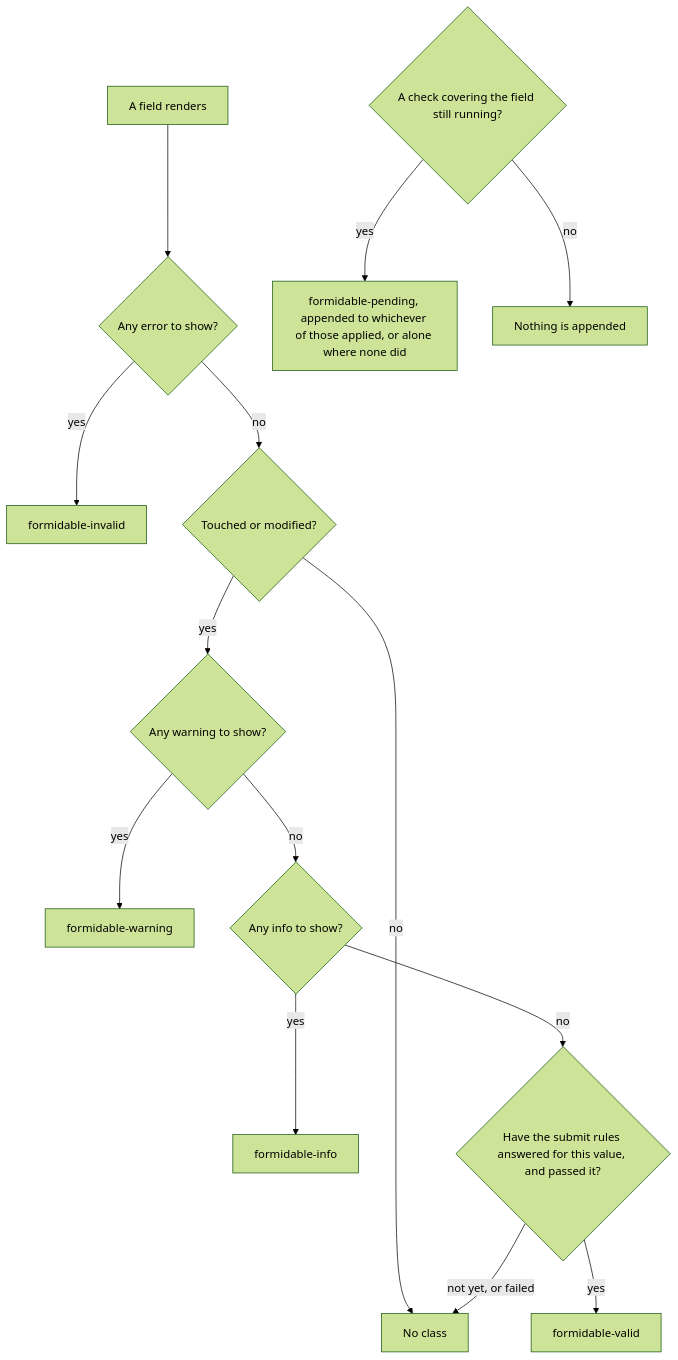
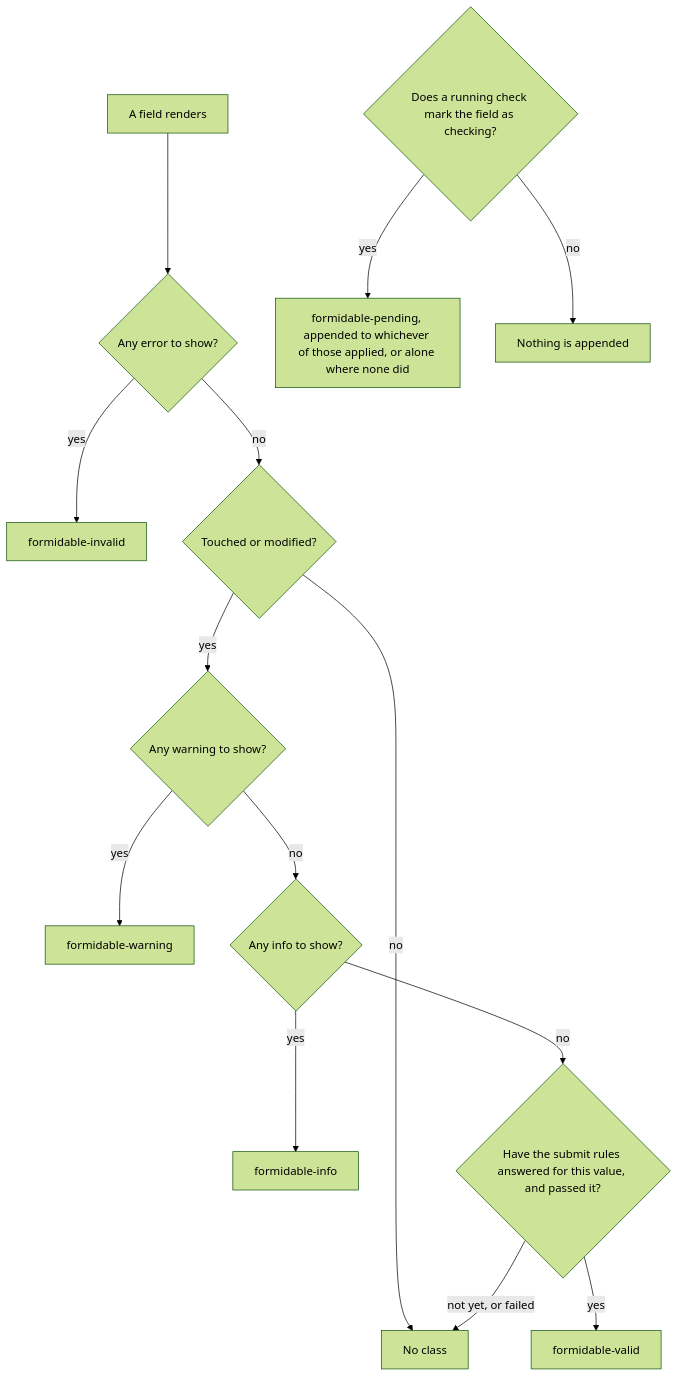
One commit to xfunc-pty-ltd/formidable changed the diagram in docs/css-and-accessibility.md. Above: the diagram before and after it, drawn with Mermaid (forest theme). The commit also changed other lines of this file and 12 other files, not shown here.

````diff
--- a/docs/css-and-accessibility.md
+++ b/docs/css-and-accessibility.md
@@ -54,16 +54,16 @@
 ```mermaid
 flowchart TD
     A["A field renders"] --> E{"Any error to show?"}
     E -- "yes" --> INV["formidable-invalid"]
     E -- "no" --> T{"Touched or modified?"}
     T -- "no" --> NONE["No class"]
     T -- "yes" --> W{"Any warning to show?"}
     W -- "yes" --> WARN["formidable-warning"]
     W -- "no" --> I{"Any info to show?"}
     I -- "yes" --> INFO["formidable-info"]
     I -- "no" --> S{"Have the submit rules answered for this value, and passed it?"}
     S -- "yes" --> OK["formidable-valid"]
     S -- "not yet, or failed" --> NONE
-    P{"A check covering the field still running?"} -- "yes" --> PEND["formidable-pending, appended to whichever of those applied, or alone where none did"]
+    P{"Does a running check mark the field as checking?"} -- "yes" --> PEND["formidable-pending, appended to whichever of those applied, or alone where none did"]
     P -- "no" --> SAME["Nothing is appended"]
 ```
````
